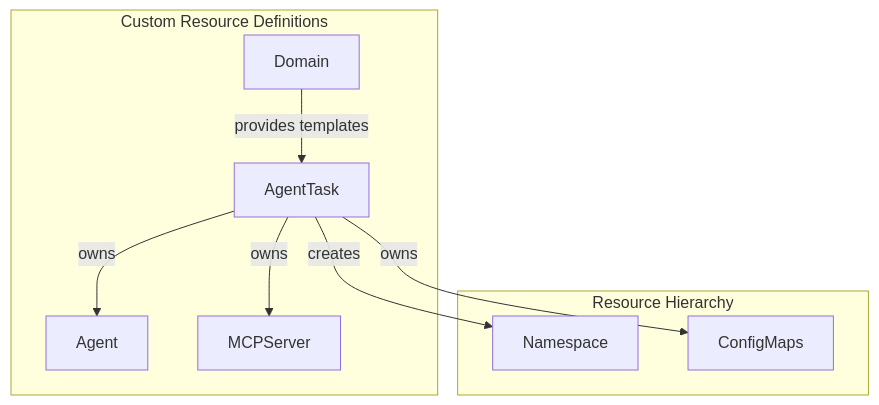
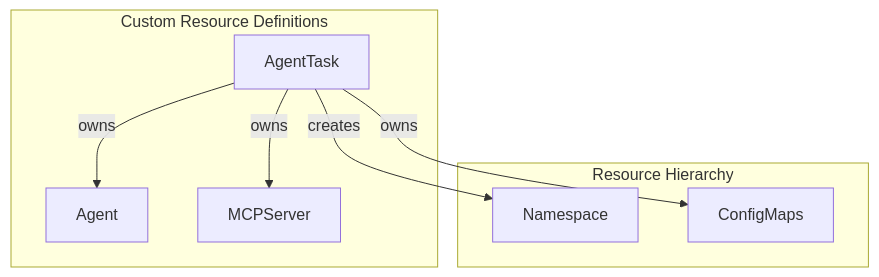
One commit to dshcherbatiuk/forgemaster changed the first of 5 diagrams in docs/arch/09-crd-specifications.md. Above: the diagram before and after it, drawn with Mermaid. The commit also changed other lines of this file and 8 other files, not shown here.

First line of the commit message:
docs: Remove Domain CRD from architecture (YAGNI)

````diff
--- a/docs/arch/09-crd-specifications.md
+++ b/docs/arch/09-crd-specifications.md
@@ -7,17 +7,15 @@
 ```mermaid
 flowchart TB
     subgraph CRDs["Custom Resource Definitions"]
         AT[AgentTask]
         AG[Agent]
         MCP[MCPServer]
-        DOM[Domain]
     end
 
     subgraph Hierarchy["Resource Hierarchy"]
         AT -->|creates| NS[Namespace]
         AT -->|owns| AG
         AT -->|owns| MCP
         AT -->|owns| CM[ConfigMaps]
-        DOM -->|provides templates| AT
     end
 ```
````
